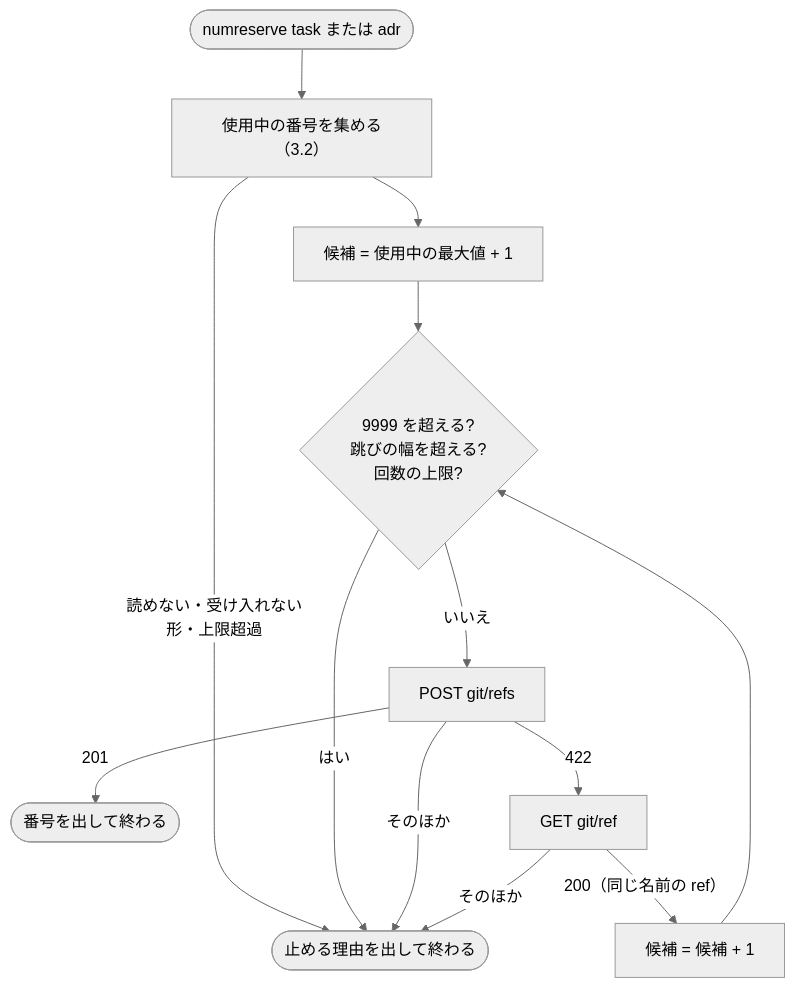
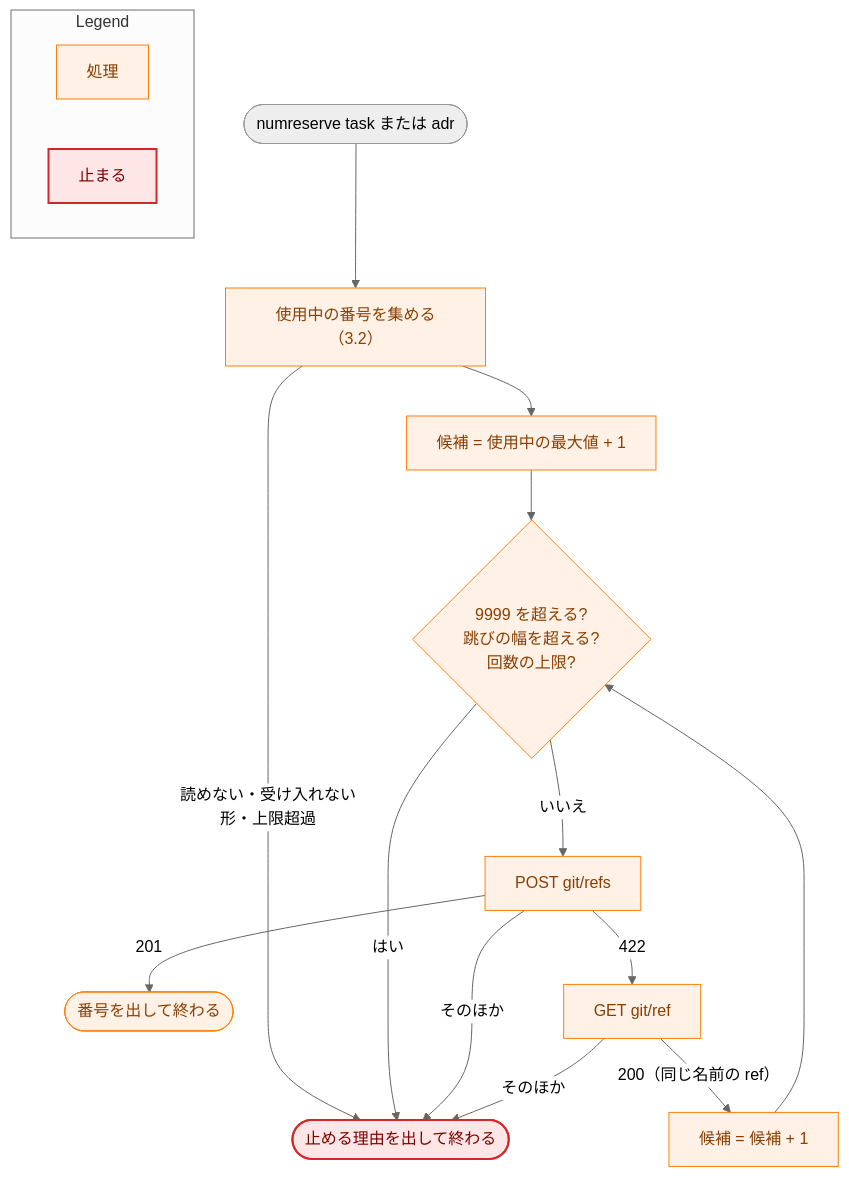
One commit to isseis/yt2column changed the fifth of 6 diagrams in docs/tasks/0100_number_reservation/02_architecture.md. Above: the diagram before and after it, drawn with Mermaid (neutral theme). The commit also changed other lines of this file and 2 other files, not shown here.

First line of the commit message:
docs(0100): address architecture review findings and polish Japanese prose

````diff
--- a/docs/tasks/0100_number_reservation/02_architecture.md
+++ b/docs/tasks/0100_number_reservation/02_architecture.md
@@ -524,15 +612,28 @@
 ```mermaid
 flowchart TD
+    classDef process fill:#fff1e6,stroke:#ff7f0e,stroke-width:1px,color:#8a3e00;
+    classDef problem fill:#ffe6e6,stroke:#d62728,stroke-width:2px,color:#7b0000;
+
     Start(["numreserve task または adr"]) --> Read["使用中の番号を集める（3.2）"]
     Read -->|"読めない・受け入れない形・上限超過"| Stop(["止める理由を出して終わる"])
     Read --> Cand["候補 = 使用中の最大値 + 1"]
     Cand --> Lim{"9999 を超える?<br>跳びの幅を超える?<br>回数の上限?"}
     Lim -->|"はい"| Stop
     Lim -->|"いいえ"| Post["POST git/refs"]
     Post -->|"201"| Done(["番号を出して終わる"])
     Post -->|"422"| Get["GET git/ref"]
     Post -->|"そのほか"| Stop
     Get -->|"200（同じ名前の ref）"| Next["候補 = 候補 + 1"]
     Get -->|"そのほか"| Stop
     Next --> Lim
+
+    class Read,Cand,Lim,Post,Get,Next,Done process
+    class Stop problem
+
+    subgraph Legend["Legend"]
+        L1["処理"]
+        L2["止まる"]
+    end
+    class L1 process
+    class L2 problem
 ```
````
